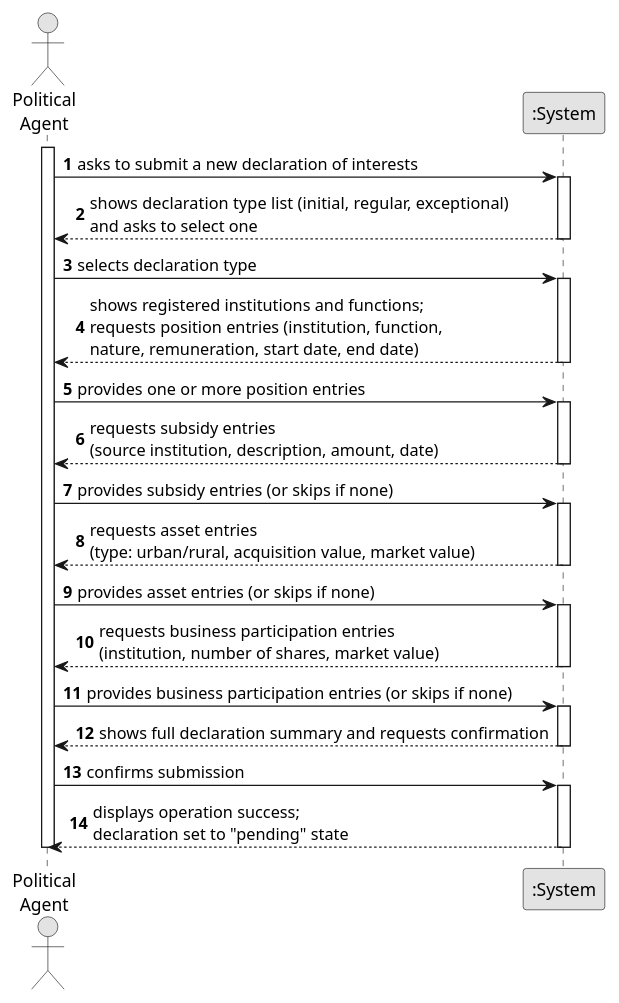
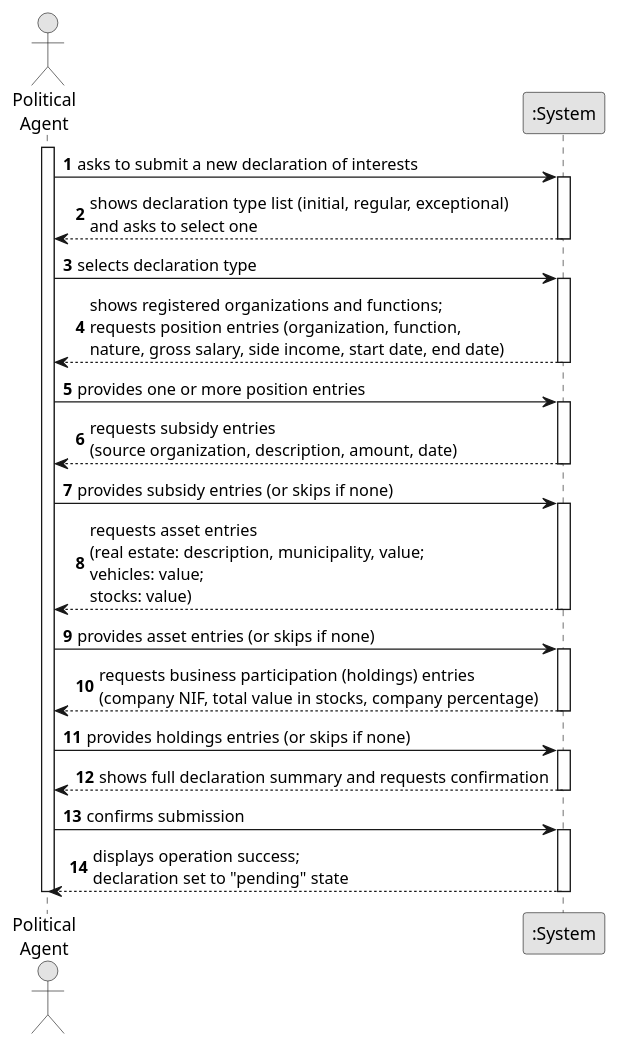
The diagram in docs/system-documentation/US06/01.requirements-engineering/puml/US06-SSD.puml (brunodspinto/crystal-clear-platform), drawn with PlantUML before and after one commit. The commit also changed 23 other files, not shown here.

Commit message:
Altered Institution to Organiztion to avoid confusion with a term of spirnt 2, and changed OrganizationType to be an Enum. US altered: 03, 04, 06, and Global Artifacts

```diff
--- a/docs/system-documentation/US06/01.requirements-engineering/puml/US06-SSD.puml
+++ b/docs/system-documentation/US06/01.requirements-engineering/puml/US06-SSD.puml
@@ -1,57 +1,57 @@
 @startuml
 skinparam monochrome true
 skinparam packageStyle rectangle
 skinparam shadowing false
 
 autonumber
 
 actor "Political\nAgent" as Agent
 participant ":System" as System
 
 activate Agent
 
     Agent -> System : asks to submit a new declaration of interests
     activate System
 
         System --> Agent : shows declaration type list (initial, regular, exceptional)\nand asks to select one
     deactivate System
 
     Agent -> System : selects declaration type
     activate System
 
-        System --> Agent : shows registered institutions and functions;\nrequests position entries (institution, function,\nnature, remuneration, start date, end date)
+        System --> Agent : shows registered organizations and functions;\nrequests position entries (organization, function,\nnature, gross salary, side income, start date, end date)
     deactivate System
 
     Agent -> System : provides one or more position entries
     activate System
 
-        System --> Agent : requests subsidy entries\n(source institution, description, amount, date)
+        System --> Agent : requests subsidy entries\n(source organization, description, amount, date)
     deactivate System
 
     Agent -> System : provides subsidy entries (or skips if none)
     activate System
 
-        System --> Agent : requests asset entries\n(type: urban/rural, acquisition value, market value)
+        System --> Agent : requests asset entries\n(real estate: description, municipality, value;\nvehicles: value;\nstocks: value)
     deactivate System
 
     Agent -> System : provides asset entries (or skips if none)
     activate System
 
-        System --> Agent : requests business participation entries\n(institution, number of shares, market value)
+        System --> Agent : requests business participation (holdings) entries\n(company NIF, total value in stocks, company percentage)
     deactivate System
 
-    Agent -> System : provides business participation entries (or skips if none)
+    Agent -> System : provides holdings entries (or skips if none)
     activate System
 
         System --> Agent : shows full declaration summary and requests confirmation
     deactivate System
 
     Agent -> System : confirms submission
     activate System
 
         System --> Agent : displays operation success;\ndeclaration set to "pending" state
     deactivate System
 
 deactivate Agent
 
 @enduml
```
